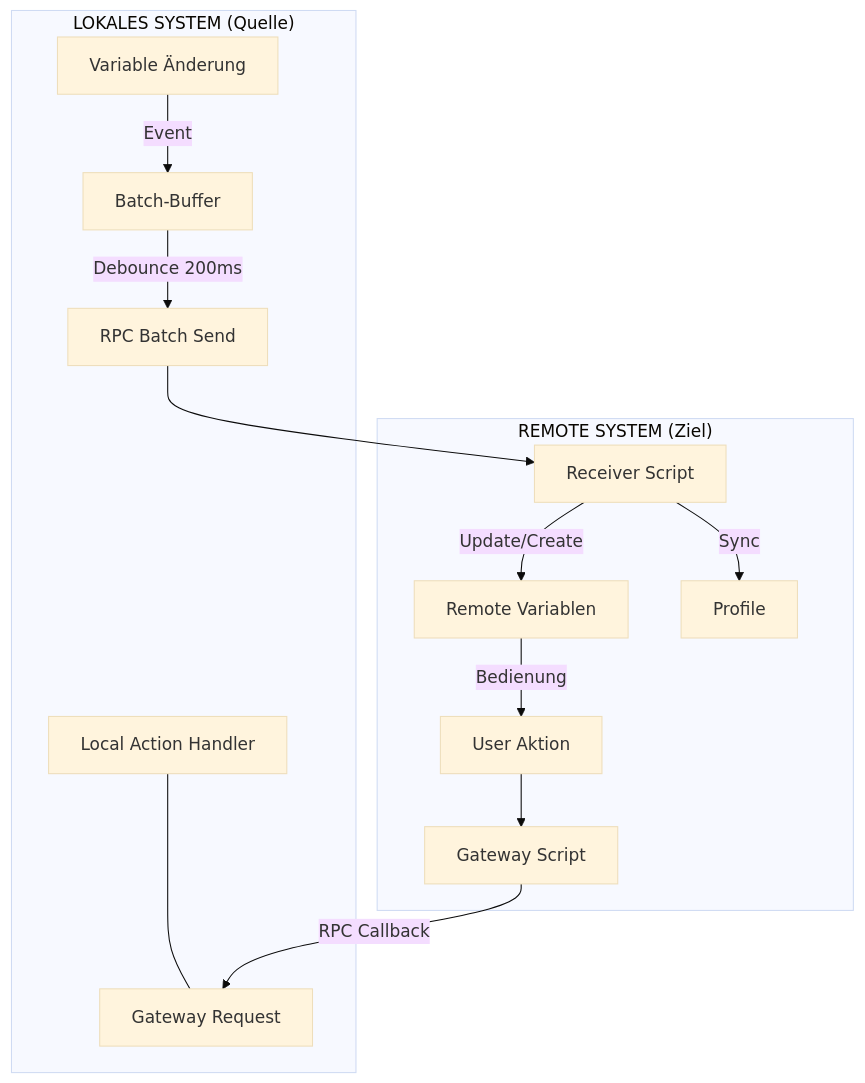
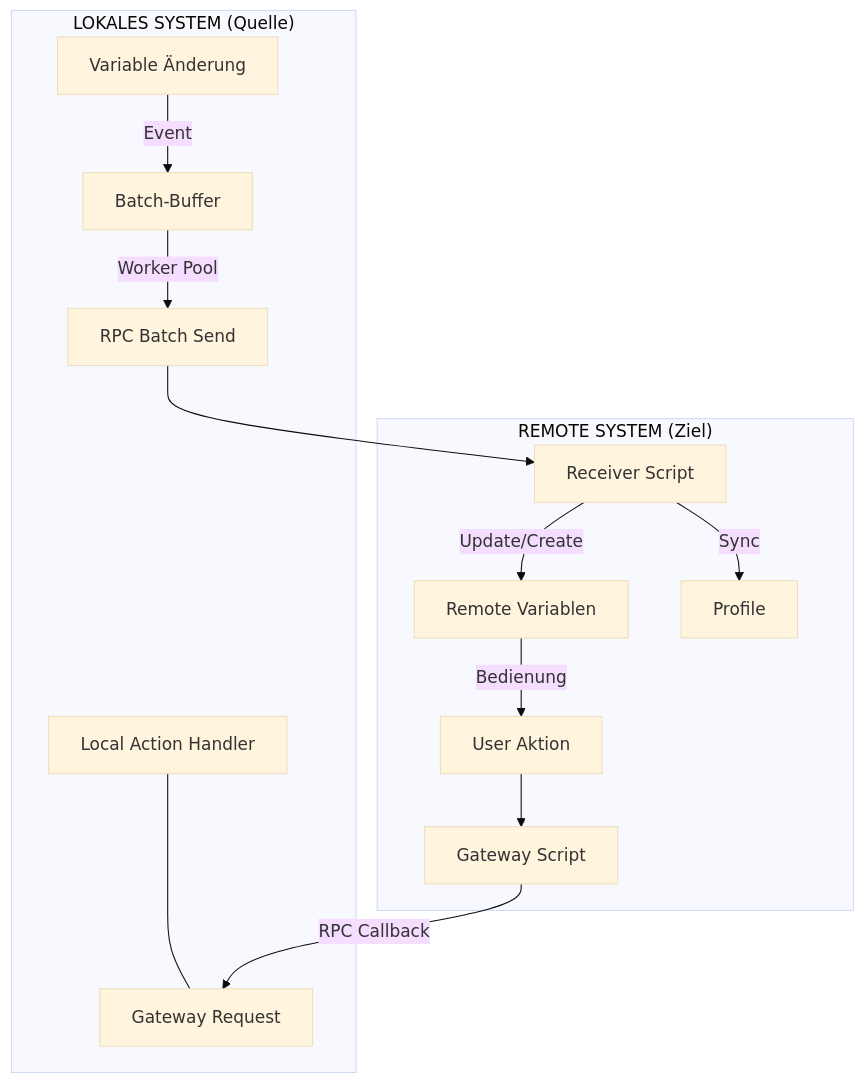
One commit to fisart/Symcon-RemoteMirror changed the first of 3 diagrams in README.md. Above: the diagram before and after it, drawn with Mermaid (base theme). The commit also changed other lines of this file and 1 other file, not shown here.

````diff
--- a/README.md
+++ b/README.md
@@ -22,17 +26,17 @@
 ```mermaid
 graph TD
     subgraph "LOKALES SYSTEM (Quelle)"
         A[Variable Änderung] -->|Event| B[Batch-Buffer]
-        B -->|Debounce 200ms| C[RPC Batch Send]
+        B -->|Worker Pool| C[RPC Batch Send]
         L[Local Action Handler] <--- M[Gateway Request]
     end
 
     subgraph "REMOTE SYSTEM (Ziel)"
         C --> D[Receiver Script]
         D -->|Update/Create| E[Remote Variablen]
         D -->|Sync| F[Profile]
         E -->|Bedienung| G[User Aktion]
         G --> H[Gateway Script]
         H -->|RPC Callback| M
     end
 ```
````
